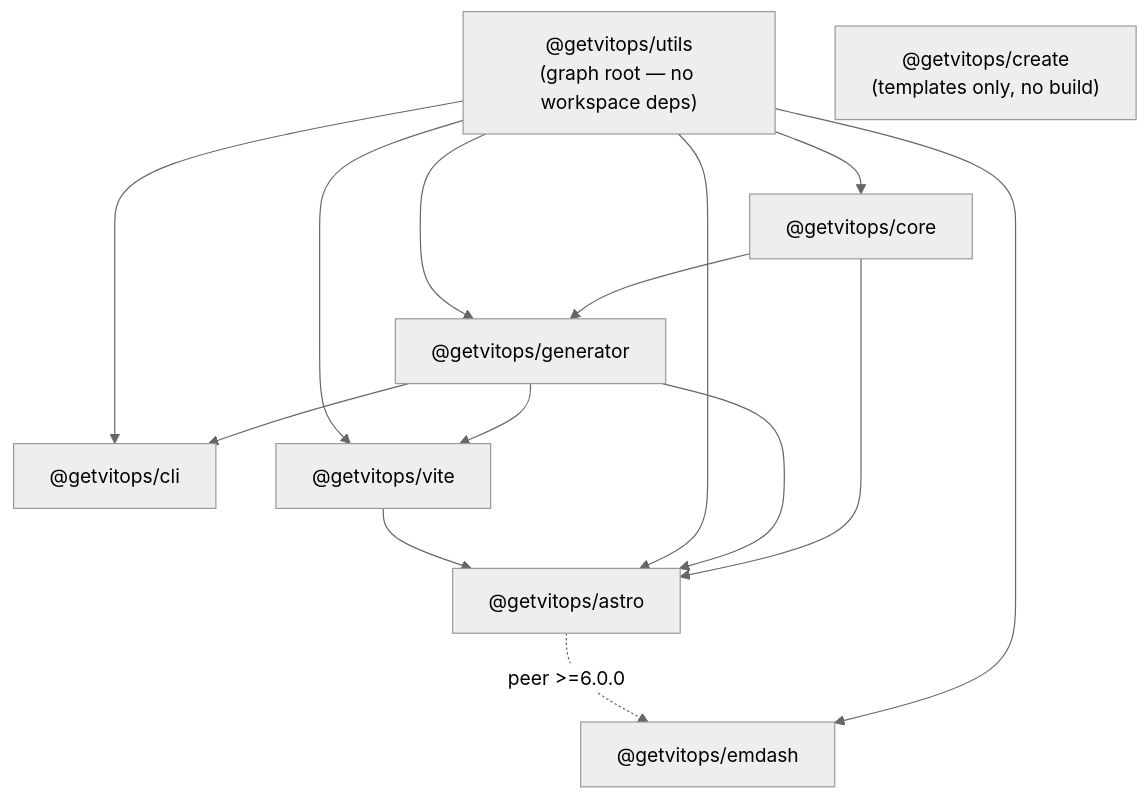
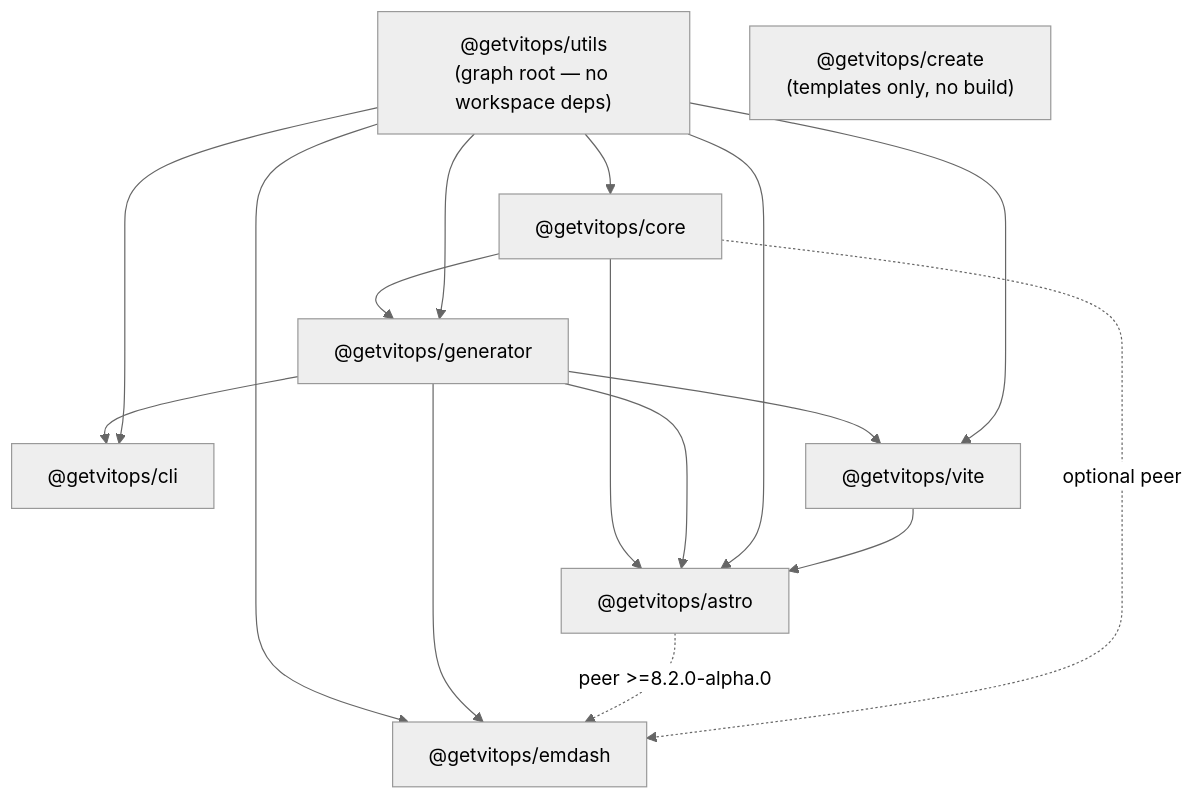
Before and after one commit to getvitops/design-system: the second of 3 diagrams in ARCHITECTURE.md, drawn with Mermaid (neutral theme). The commit also changed other lines of this file and 7 other files, not shown here.

First line of the commit message:
Make utils/notify Worker-safe and correct architecture docs

````diff
--- a/ARCHITECTURE.md
+++ b/ARCHITECTURE.md
@@ -238,24 +244,26 @@
 ```mermaid
 flowchart TD
   utils["@getvitops/utils<br/>(graph root — no workspace deps)"]
   core["@getvitops/core"]
   gen["@getvitops/generator"]
   cli["@getvitops/cli"]
   vp["@getvitops/vite"]
   as["@getvitops/astro"]
   em["@getvitops/emdash"]
   cr["@getvitops/create<br/>(templates only, no build)"]
 
   utils --> core --> gen
   utils --> gen
   gen --> cli
   utils --> cli
   gen --> vp
   utils --> vp
   core --> as
   gen --> as
   utils --> as
   vp --> as
   utils --> em
-  as -.->|"peer >=6.0.0"| em
+  gen --> em
+  as -.->|"peer >=8.2.0-alpha.0"| em
+  core -.->|"optional peer"| em
 ```
````
